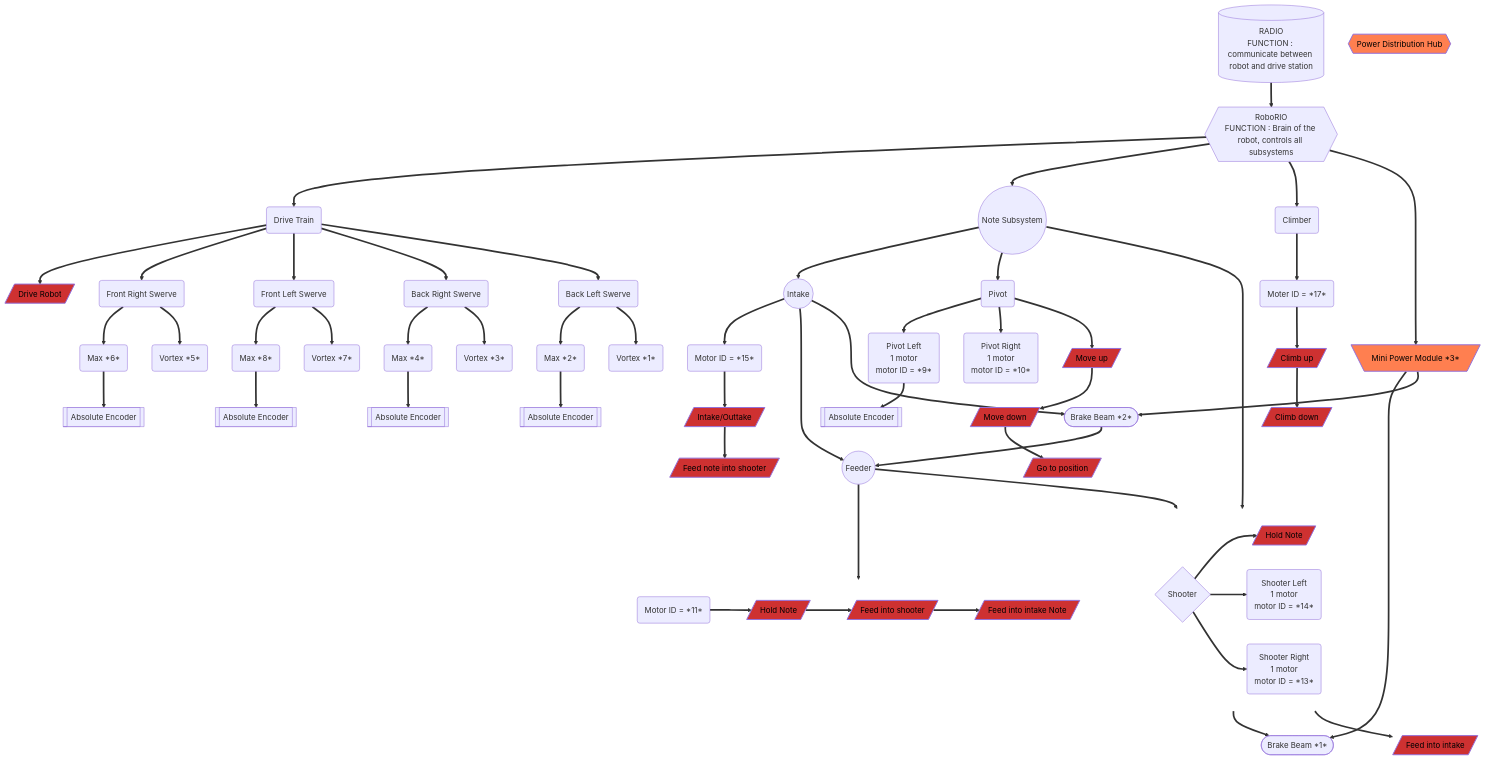
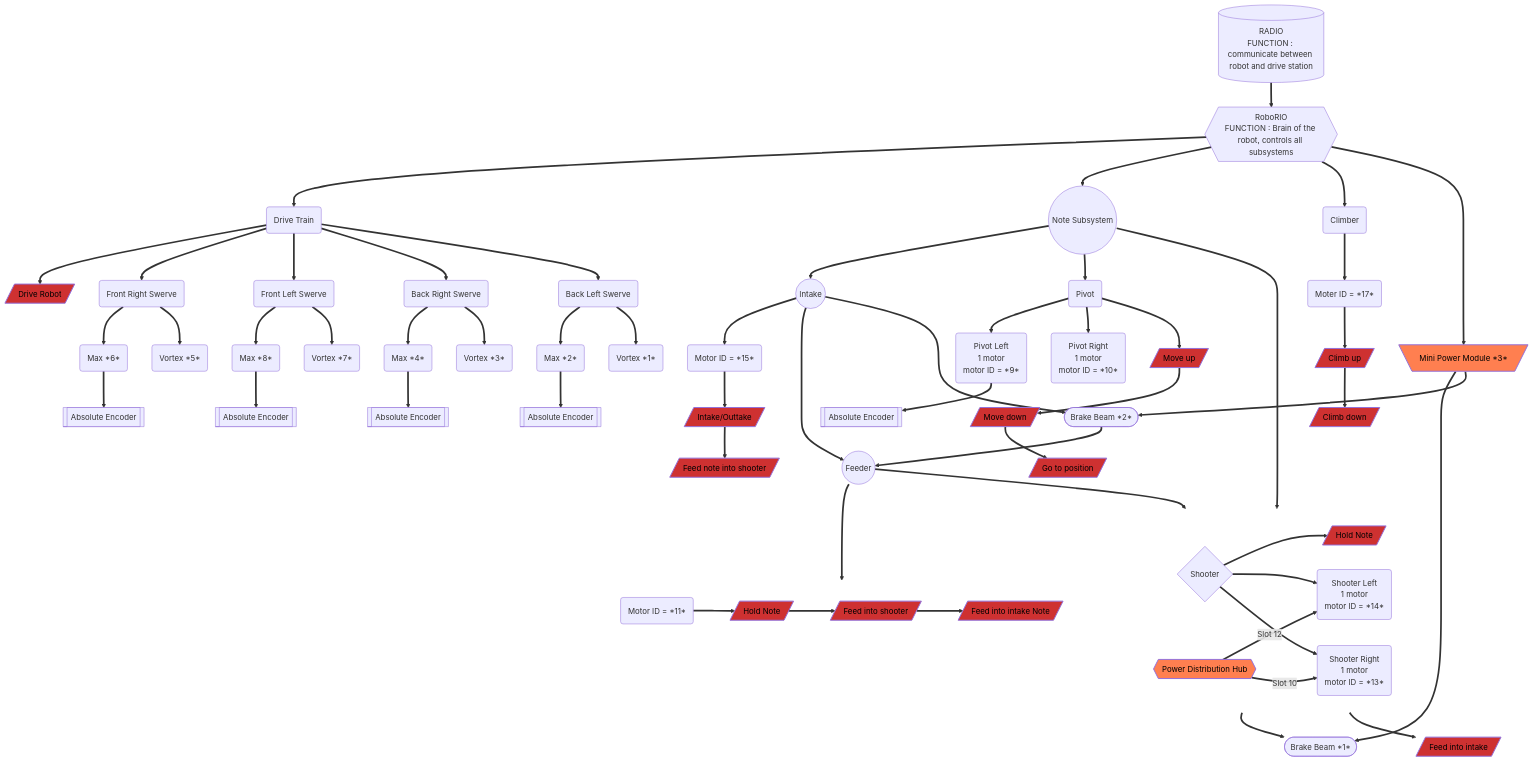
The diagram in tony_graphs.md (richardson-area-wide-robotics/Frc24-Crescendo-1745-OffSeason-AdvantageKit), drawn with Mermaid before and after one commit.

```diff
--- a/tony_graphs.md
+++ b/tony_graphs.md
@@ -8,9 +8,12 @@
         ShooterSystem==>ShooterLeft(Shooter Left
 1 motor
 motor ID = *14*);
+        PDH==>|Slot 12|ShooterLeft
+
         ShooterSystem==>ShooterRight(Shooter Right
 1 motor
 motor ID = *13*);
+    PDH==>|Slot 10|ShooterRight
     end
 
 subgraph invisibleFeederGroup
```
